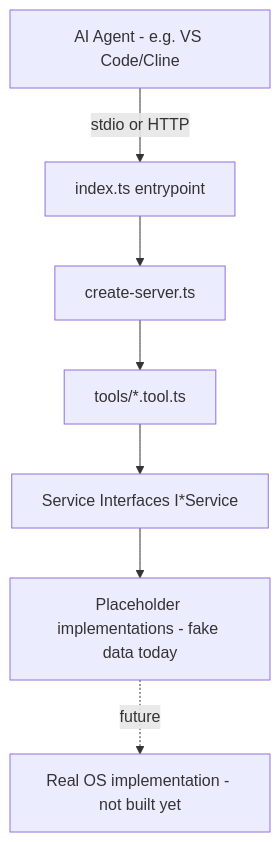
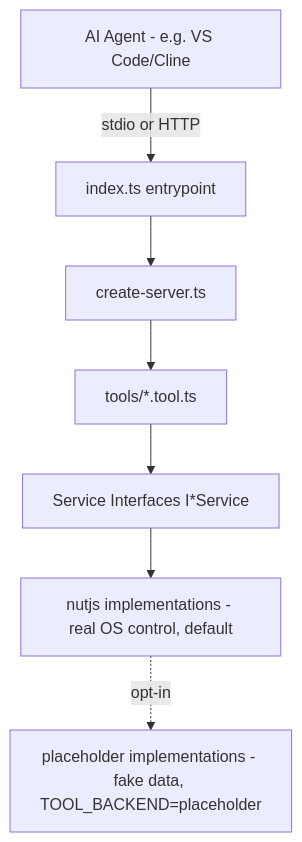
Before and after one commit to Marathe-Dev/MCPServer: the diagram in docs/EXPLAINED.md, drawn with Mermaid. The commit also changed other lines of this file and 26 other files, not shown here.

````diff
--- a/docs/EXPLAINED.md
+++ b/docs/EXPLAINED.md
@@ -45,9 +45,9 @@
 ```mermaid
 graph TD
     A[AI Agent - e.g. VS Code/Cline] -->|stdio or HTTP| B[index.ts entrypoint]
     B --> C[create-server.ts]
     C --> D[tools/*.tool.ts]
     D --> E[Service Interfaces I*Service]
-    E --> F[Placeholder implementations - fake data today]
-    F -.future.-> G[Real OS implementation - not built yet]
+    E --> F[nutjs implementations - real OS control, default]
+    F -.opt-in.-> H[placeholder implementations - fake data, TOOL_BACKEND=placeholder]
 ```
````
